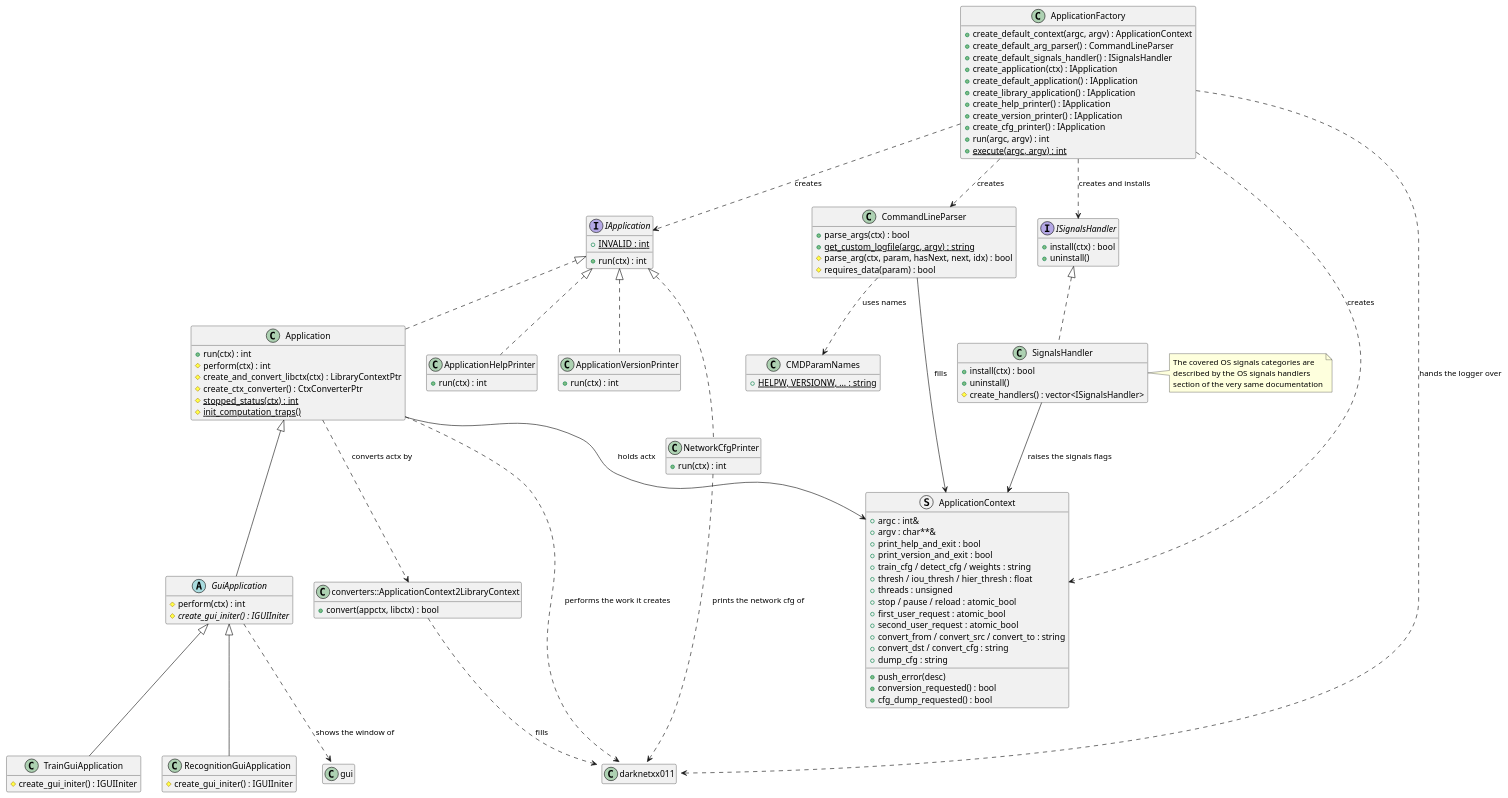
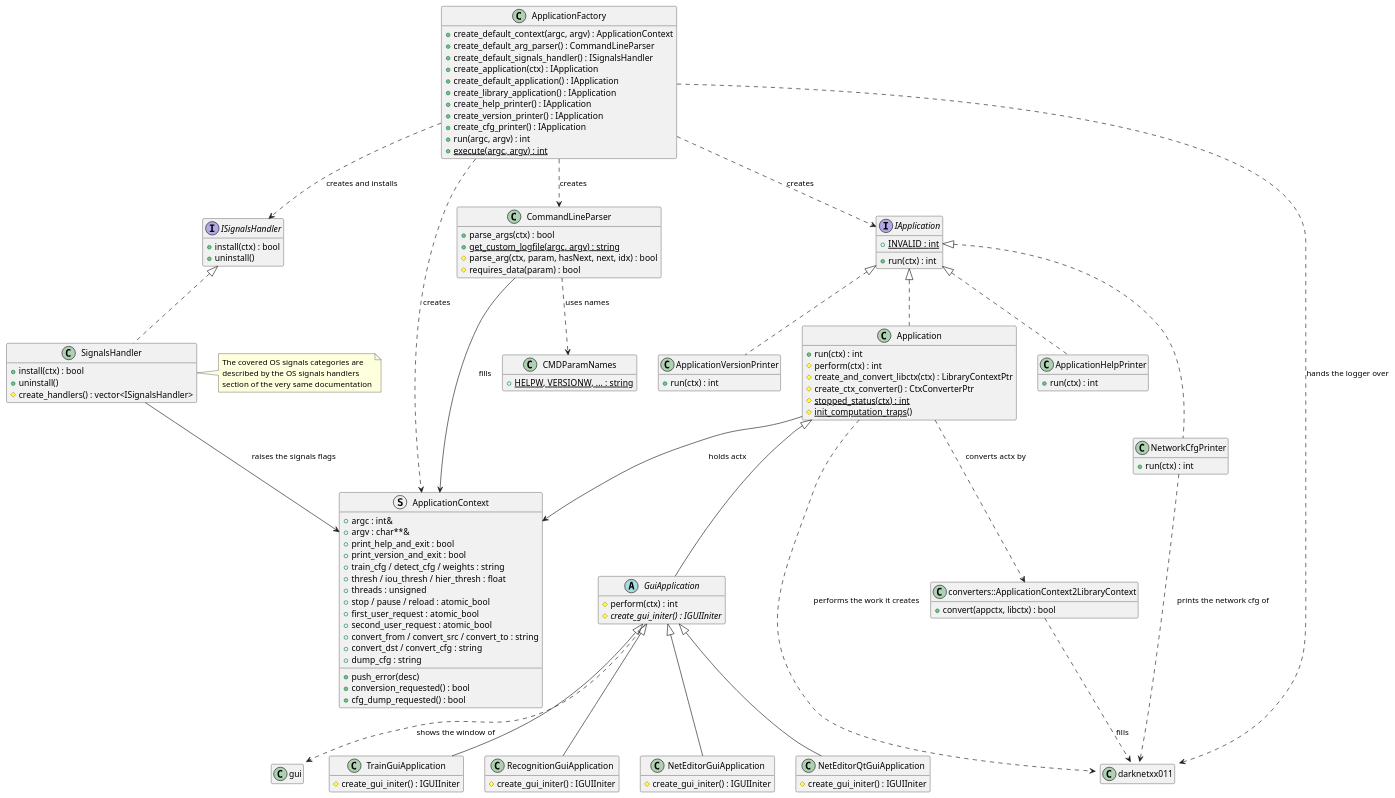
Before and after one commit to yuriysydor1991/darknetxx: the diagram in doc/sections/en_US/4-7-1-application-runtime-components.md, drawn with PlantUML. The commit also changed other lines of this file and 22 other files, not shown here.

```diff
--- a/doc/sections/en_US/4-7-1-application-runtime-components.md
+++ b/doc/sections/en_US/4-7-1-application-runtime-components.md
@@ -42,6 +42,14 @@
 }
 
 class RecognitionGuiApplication {
+  #create_gui_initer() : IGUIIniter
+}
+
+class NetEditorGuiApplication {
+  #create_gui_initer() : IGUIIniter
+}
+
+class NetEditorQtGuiApplication {
   #create_gui_initer() : IGUIIniter
 }
 
@@ -129,6 +137,8 @@
 Application <|-- GuiApplication
 GuiApplication <|-- TrainGuiApplication
 GuiApplication <|-- RecognitionGuiApplication
+GuiApplication <|-- NetEditorGuiApplication
+GuiApplication <|-- NetEditorQtGuiApplication
 ISignalsHandler <|.. SignalsHandler
 
 ApplicationFactory ..> IApplication : creates
```
